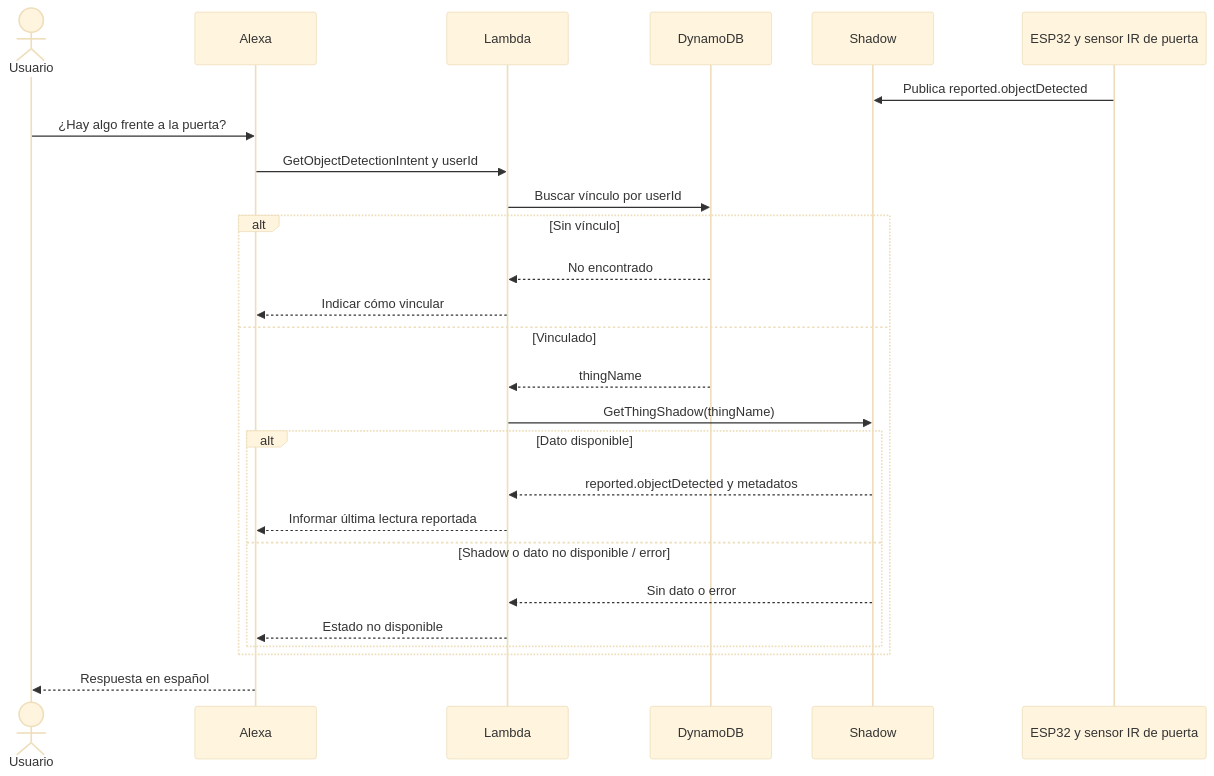
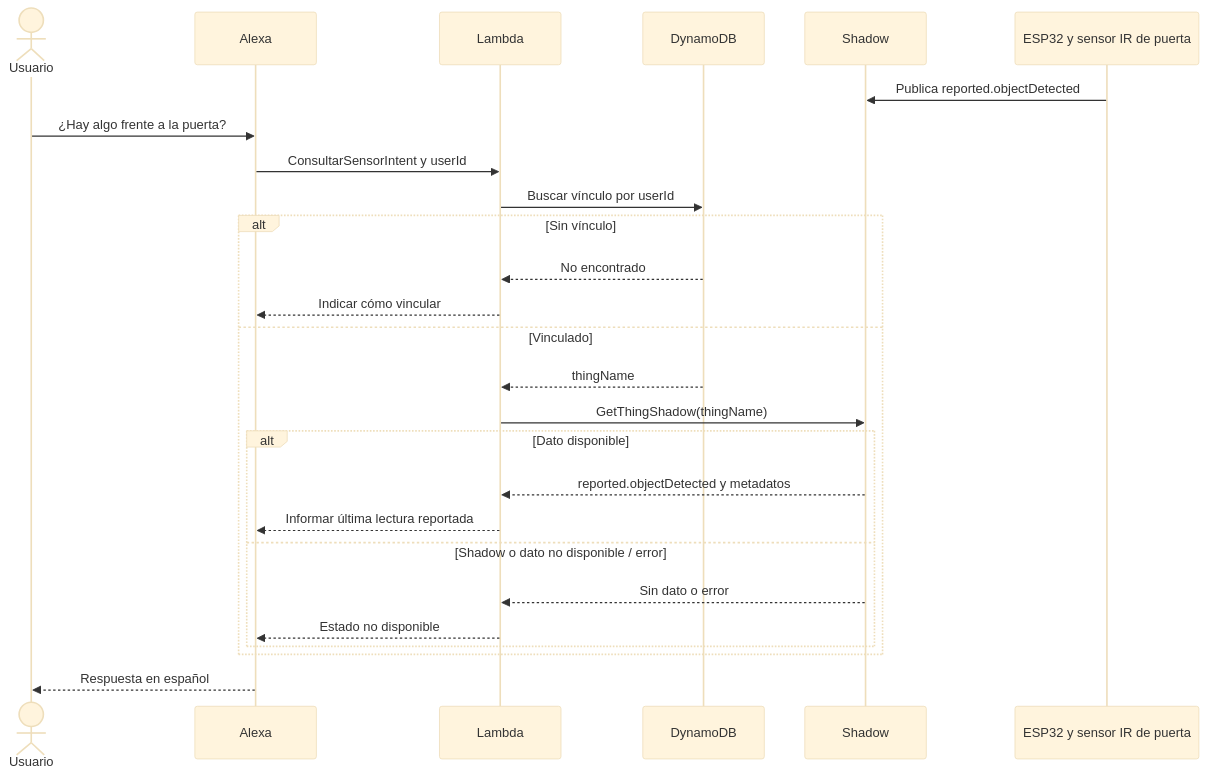
One commit to Lucas-RodriguezAncieta/IoTPractica3 changed the fifth of 6 diagrams in docs/informe.md. Above: the diagram before and after it, drawn with Mermaid (base theme). The commit also changed other lines of this file and 2 other files, not shown here.

Commit message:
docs: completar informe tecnico y diagrama del circuito

````diff
--- a/docs/informe.md
+++ b/docs/informe.md
@@ -212,28 +197,28 @@
 ```mermaid
 sequenceDiagram
   actor U as Usuario
   participant A as Alexa
   participant L as Lambda
   participant D as DynamoDB
   participant S as Shadow
   participant E as ESP32 y sensor IR de puerta
   E->>S: Publica reported.objectDetected
   U->>A: ¿Hay algo frente a la puerta?
-  A->>L: GetObjectDetectionIntent y userId
+  A->>L: ConsultarSensorIntent y userId
   L->>D: Buscar vínculo por userId
   alt Sin vínculo
     D-->>L: No encontrado
     L-->>A: Indicar cómo vincular
   else Vinculado
     D-->>L: thingName
     L->>S: GetThingShadow(thingName)
     alt Dato disponible
       S-->>L: reported.objectDetected y metadatos
       L-->>A: Informar última lectura reportada
     else Shadow o dato no disponible / error
       S-->>L: Sin dato o error
       L-->>A: Estado no disponible
     end
   end
   A-->>U: Respuesta en español
 ```
````
